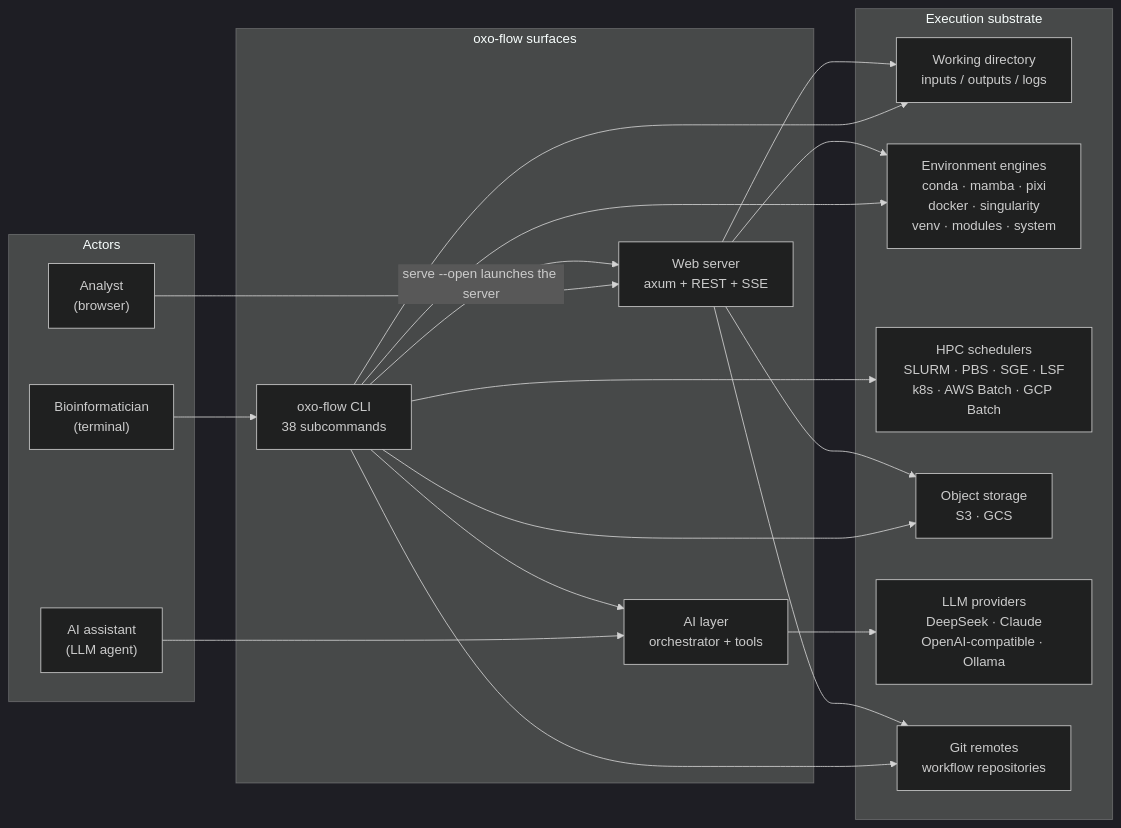
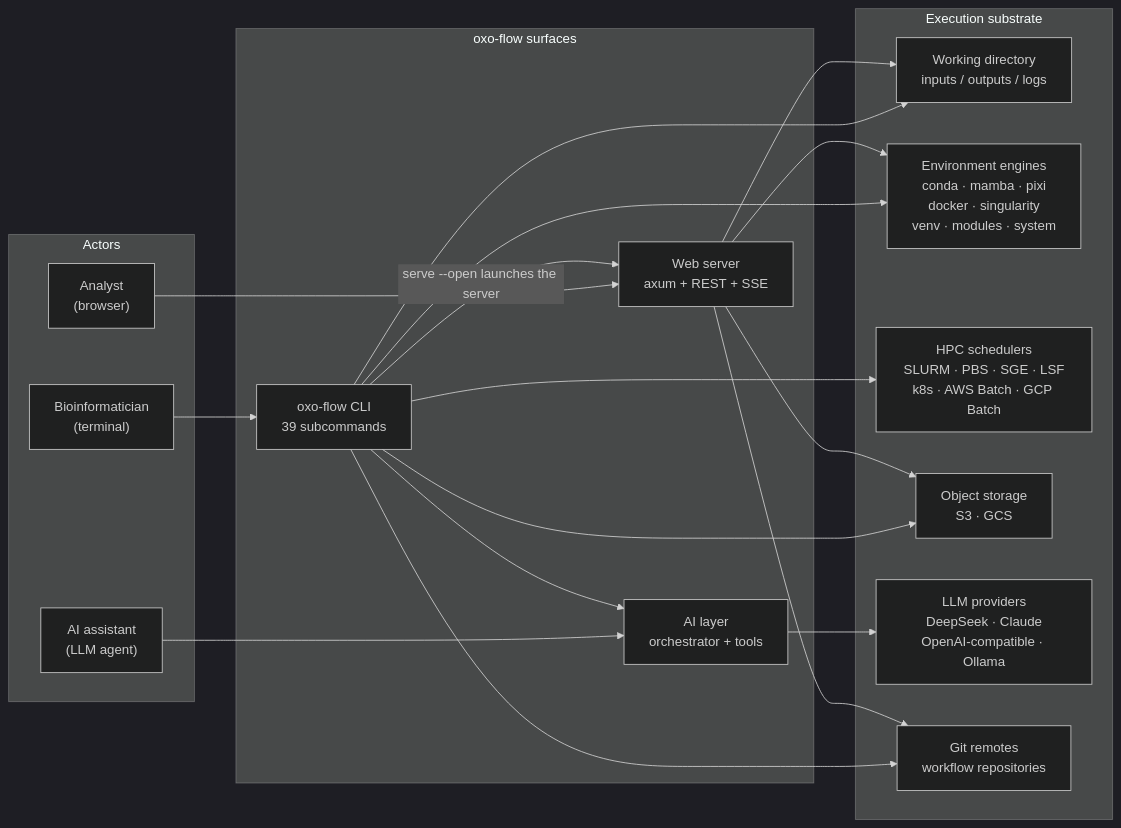
The first of 12 diagrams in docs/guide/src/reference/architecture.md (Traitome/oxo-flow), drawn with Mermaid (dark theme) before and after one commit. The commit also changed other lines of this file and 29 other files, not shown here.

````diff
--- a/docs/guide/src/reference/architecture.md
+++ b/docs/guide/src/reference/architecture.md
@@ -50,40 +50,40 @@
 ```mermaid
 flowchart LR
     subgraph actors["Actors"]
         bio["Bioinformatician<br/>(terminal)"]
         webuser["Analyst<br/>(browser)"]
         agent["AI assistant<br/>(LLM agent)"]
     end
 
     subgraph surfaces["oxo-flow surfaces"]
-        cli["oxo-flow CLI<br/>38 subcommands"]
+        cli["oxo-flow CLI<br/>39 subcommands"]
         web["Web server<br/>axum + REST + SSE"]
         ai["AI layer<br/>orchestrator + tools"]
     end
 
     subgraph world["Execution substrate"]
         fs["Working directory<br/>inputs / outputs / logs"]
         env["Environment engines<br/>conda · mamba · pixi<br/>docker · singularity<br/>venv · modules · system"]
         hpc["HPC schedulers<br/>SLURM · PBS · SGE · LSF<br/>k8s · AWS Batch · GCP Batch"]
         obj["Object storage<br/>S3 · GCS"]
         llm["LLM providers<br/>DeepSeek · Claude<br/>OpenAI-compatible · Ollama"]
         git["Git remotes<br/>workflow repositories"]
     end
 
     bio --> cli
     webuser --> web
     cli -- "serve --open launches the server" --> web
     agent --> ai
     cli --> ai
 
     cli --> fs
     web --> fs
     cli --> env
     web --> env
     cli --> hpc
     cli --> obj
     web --> obj
     cli --> git
     web --> git
     ai --> llm
 ```
````
